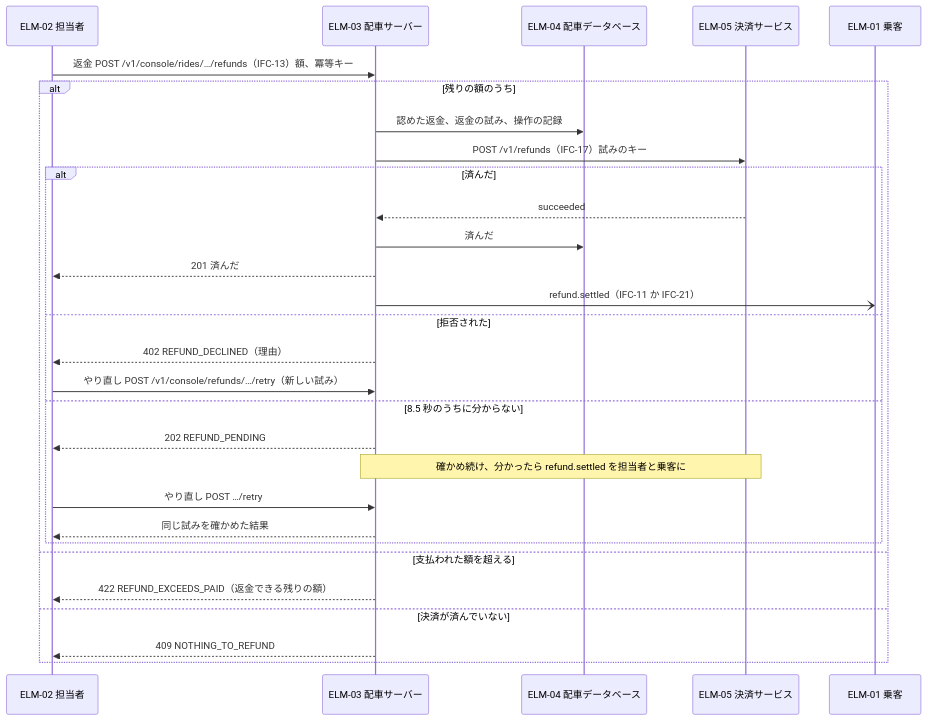
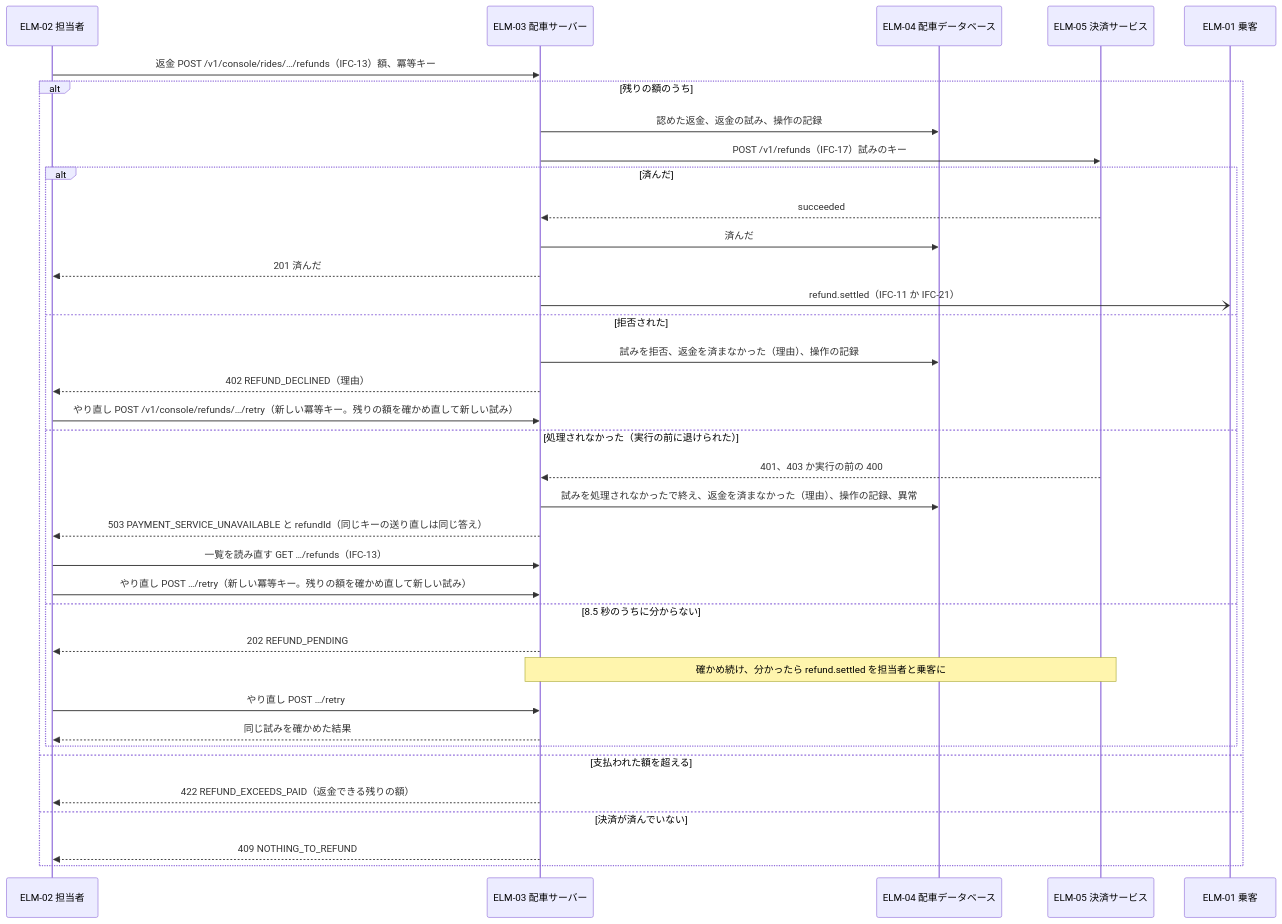
Diagram 19 of 57 in docs/design/3-high-level-design.md (Taro000/ride-hailing-app-demo), drawn with Mermaid before and after one commit. The commit also changed other lines of this file and 27 other files, not shown here.

````diff
--- a/docs/design/3-high-level-design.md
+++ b/docs/design/3-high-level-design.md
@@ -737,31 +754,38 @@
 ```mermaid
 sequenceDiagram
   participant O as ELM-02 担当者
   participant S as ELM-03 配車サーバー
   participant DB as ELM-04 配車データベース
   participant PAY as ELM-05 決済サービス
   participant P as ELM-01 乗客
   O->>S: 返金 POST /v1/console/rides/…/refunds（IFC-13）額、冪等キー
   alt 残りの額のうち
     S->>DB: 認めた返金、返金の試み、操作の記録
     S->>PAY: POST /v1/refunds（IFC-17）試みのキー
     alt 済んだ
       PAY-->>S: succeeded
       S->>DB: 済んだ
       S-->>O: 201 済んだ
       S-)P: refund.settled（IFC-11 か IFC-21）
     else 拒否された
+      S->>DB: 試みを拒否、返金を済まなかった（理由）、操作の記録
       S-->>O: 402 REFUND_DECLINED（理由）
-      O->>S: やり直し POST /v1/console/refunds/…/retry（新しい試み）
+      O->>S: やり直し POST /v1/console/refunds/…/retry（新しい冪等キー。残りの額を確かめ直して新しい試み）
+    else 処理されなかった（実行の前に退けられた）
+      PAY-->>S: 401、403 か実行の前の 400
+      S->>DB: 試みを処理されなかったで終え、返金を済まなかった（理由）、操作の記録、異常
+      S-->>O: 503 PAYMENT_SERVICE_UNAVAILABLE と refundId（同じキーの送り直しは同じ答え）
+      O->>S: 一覧を読み直す GET …/refunds（IFC-13）
+      O->>S: やり直し POST …/retry（新しい冪等キー。残りの額を確かめ直して新しい試み）
     else 8.5 秒のうちに分からない
       S-->>O: 202 REFUND_PENDING
       Note over S,PAY: 確かめ続け、分かったら refund.settled を担当者と乗客に
       O->>S: やり直し POST …/retry
       S-->>O: 同じ試みを確かめた結果
     end
   else 支払われた額を超える
     S-->>O: 422 REFUND_EXCEEDS_PAID（返金できる残りの額）
   else 決済が済んでいない
     S-->>O: 409 NOTHING_TO_REFUND
   end
 ```
````
